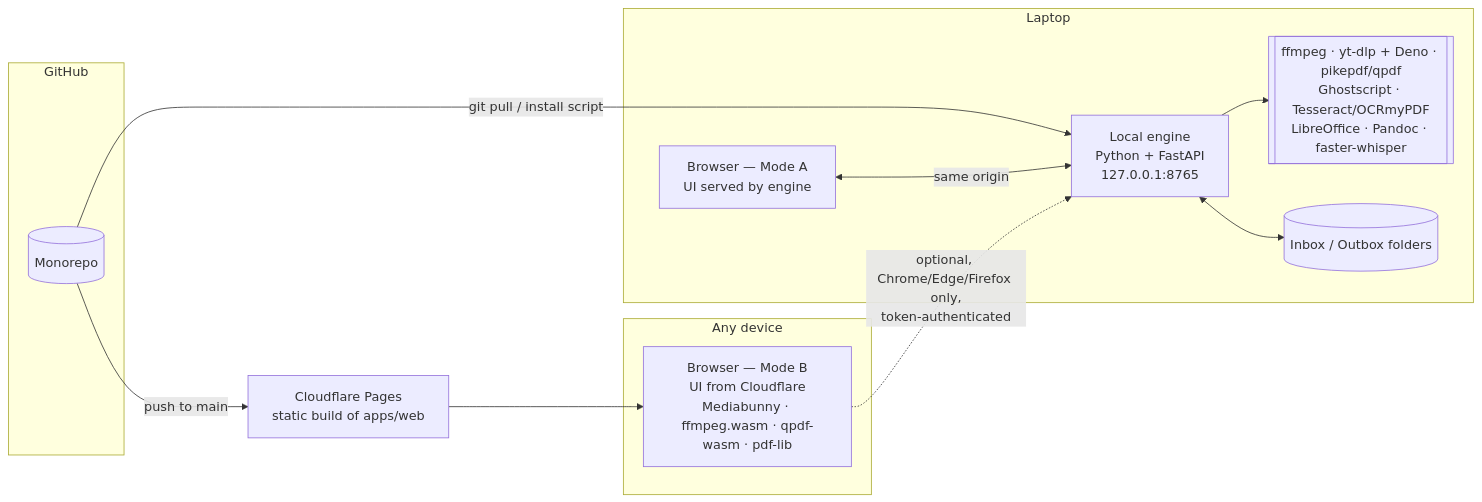
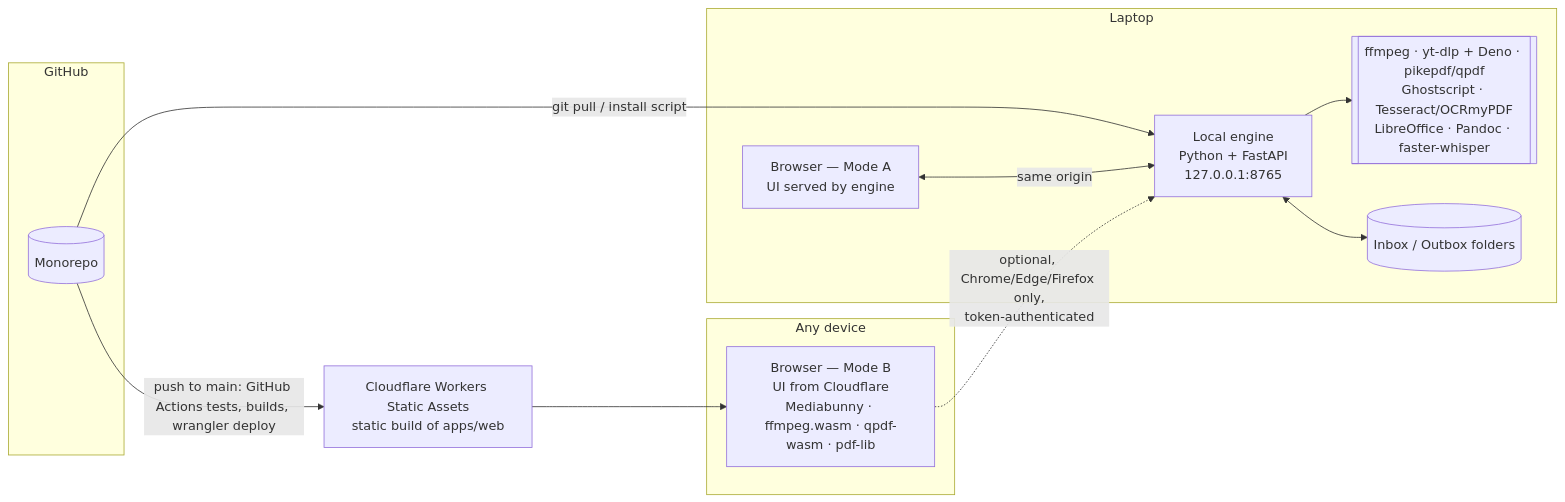
The diagram in DESIGN.md (cobusvwyngaard/localutilities), drawn with Mermaid before and after one commit. The commit also changed other lines of this file and 79 other files, not shown here.

````diff
--- a/DESIGN.md
+++ b/DESIGN.md
@@ -34,24 +36,24 @@
 ```mermaid
 flowchart LR
   subgraph GitHub
     R[(Monorepo)]
   end
-  R -- push to main --> CF[Cloudflare Pages<br/>static build of apps/web]
+  R -- push to main: GitHub Actions tests, builds, wrangler deploy --> CF[Cloudflare Workers Static Assets<br/>static build of apps/web]
   R -- git pull / install script --> E
 
   subgraph Laptop
     E[Local engine<br/>Python + FastAPI<br/>127.0.0.1:8765]
     T[[ffmpeg · yt-dlp + Deno · pikepdf/qpdf<br/>Ghostscript · Tesseract/OCRmyPDF<br/>LibreOffice · Pandoc · faster-whisper]]
     F[(Inbox / Outbox folders)]
     E --> T
     E <--> F
     B1[Browser — Mode A<br/>UI served by engine]
     B1 <-- same origin --> E
   end
 
   subgraph Any device
     B2[Browser — Mode B<br/>UI from Cloudflare<br/>Mediabunny · ffmpeg.wasm · qpdf-wasm · pdf-lib]
   end
   CF --> B2
   B2 -. optional, Chrome/Edge/Firefox only,<br/>token-authenticated .-> E
 ```
````
